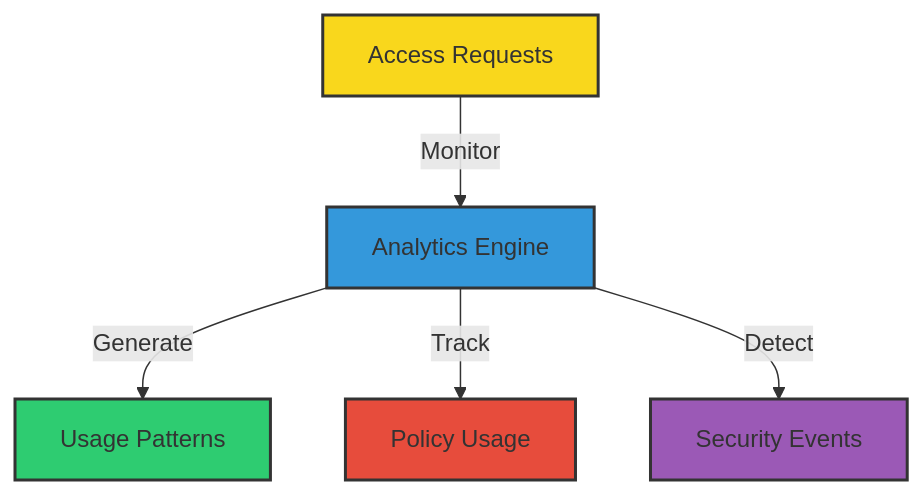
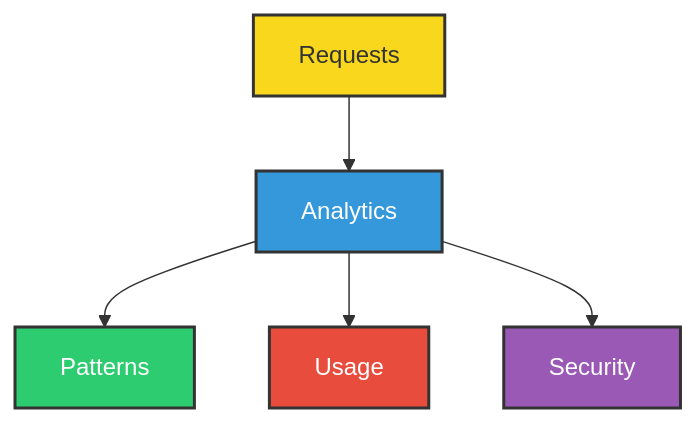
Before and after one commit to kubiyabot/terraform-modules: the fifth of 5 diagrams in jit-permissions-guardians/terraform/README.md, drawn with Mermaid. The commit also changed other lines of this file, not shown here.

````diff
--- a/jit-permissions-guardians/terraform/README.md
+++ b/jit-permissions-guardians/terraform/README.md
@@ -104,25 +102,25 @@
 ```mermaid
 flowchart TD
-    Requests[Access Requests]
-    Analytics[Analytics Engine]
-    Patterns[Usage Patterns]
-    Usage[Policy Usage]
-    Security[Security Events]
+    Requests[Requests]
+    Analytics[Analytics]
+    Patterns[Patterns]
+    Usage[Usage]
+    Security[Security]
 
-    Requests -->|Monitor| Analytics
-    Analytics -->|Generate| Patterns
-    Analytics -->|Track| Usage
-    Analytics -->|Detect| Security
+    Requests --> Analytics
+    Analytics --> Patterns
+    Analytics --> Usage
+    Analytics --> Security
 
     classDef requests fill:#f9d71c,stroke:#333,stroke-width:2px
-    classDef analytics fill:#3498db,stroke:#333,stroke-width:2px
-    classDef patterns fill:#2ecc71,stroke:#333,stroke-width:2px
-    classDef usage fill:#e74c3c,stroke:#333,stroke-width:2px
-    classDef security fill:#9b59b6,stroke:#333,stroke-width:2px
+    classDef analytics fill:#3498db,stroke:#333,stroke-width:2px,color:white
+    classDef patterns fill:#2ecc71,stroke:#333,stroke-width:2px,color:white
+    classDef usage fill:#e74c3c,stroke:#333,stroke-width:2px,color:white
+    classDef security fill:#9b59b6,stroke:#333,stroke-width:2px,color:white
 
     class Requests requests
     class Analytics analytics
     class Patterns patterns
     class Usage usage
     class Security security
 ```
````
